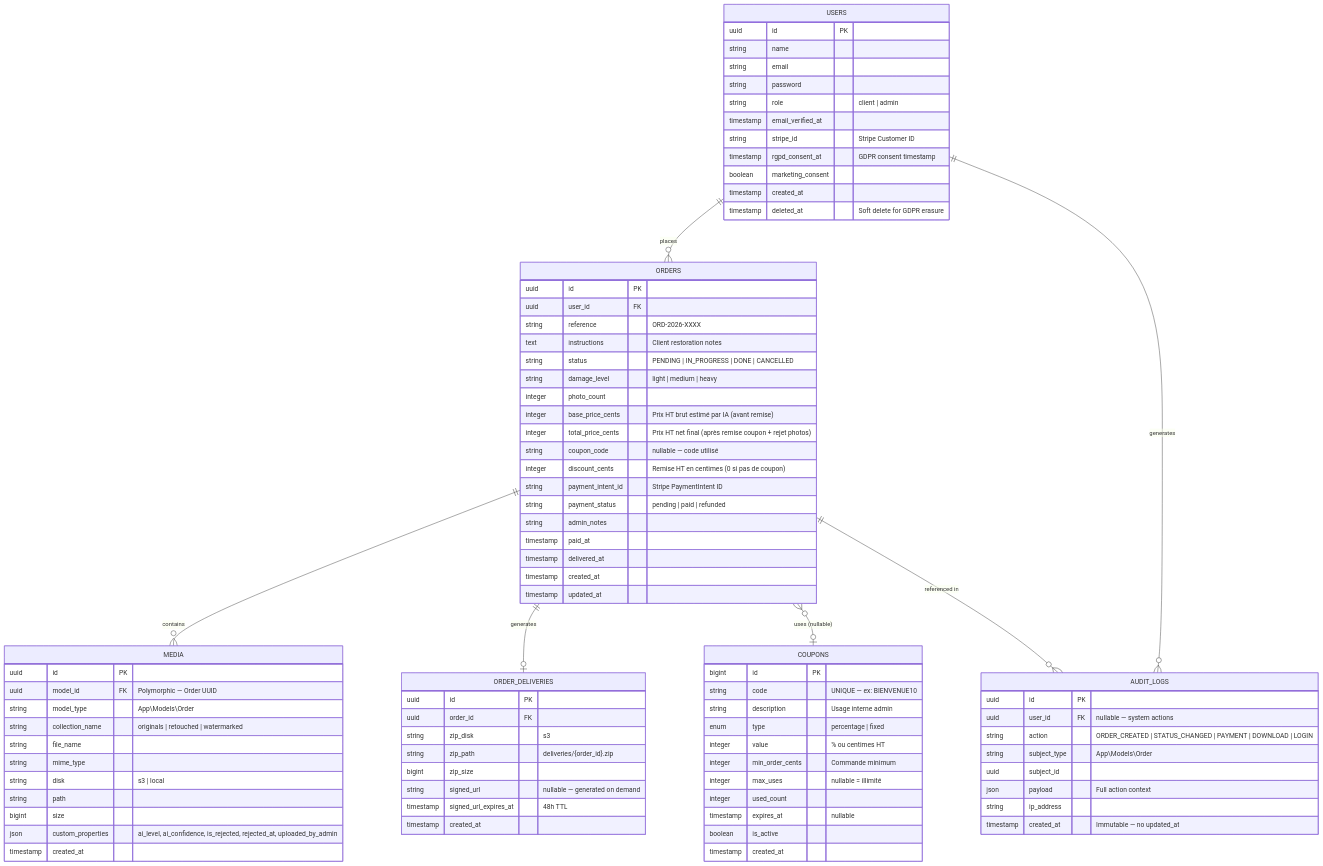
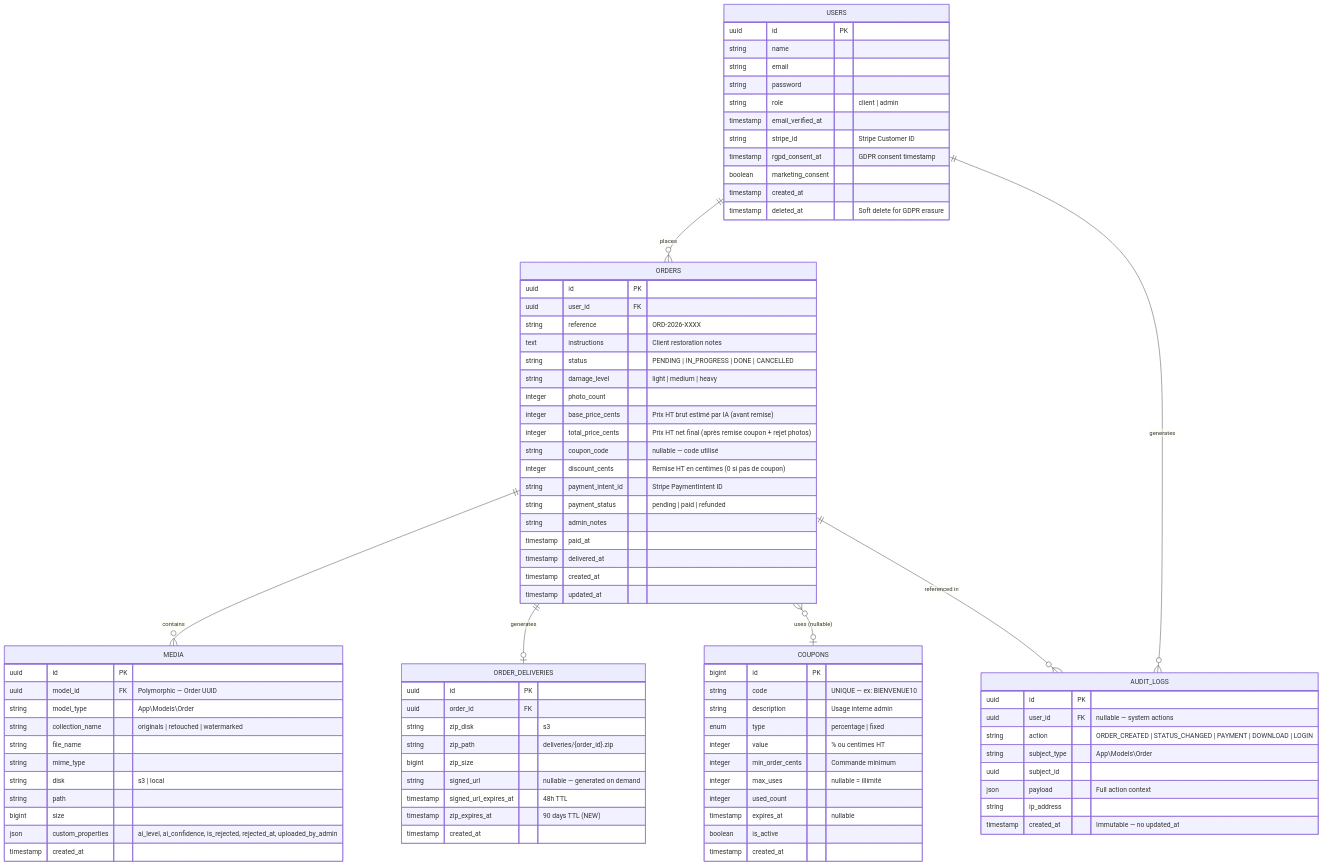
Before and after one commit to zyrass/OmnyRestore: the third of 12 diagrams in docs/architecture.mdx, drawn with Mermaid. The commit also changed other lines of this file and 7 other files, not shown here.

```diff
--- a/docs/architecture.mdx
+++ b/docs/architecture.mdx
@@ -192,6 +192,7 @@
         bigint zip_size
         string signed_url "nullable — generated on demand"
         timestamp signed_url_expires_at "48h TTL"
+        timestamp zip_expires_at "90 days TTL (NEW)"
         timestamp created_at
     }
 
```
